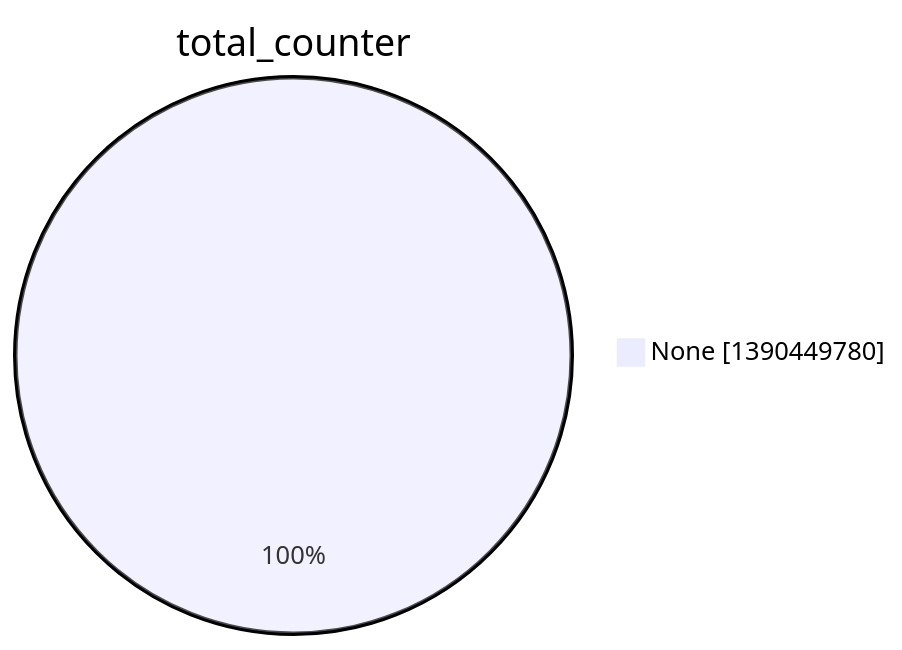
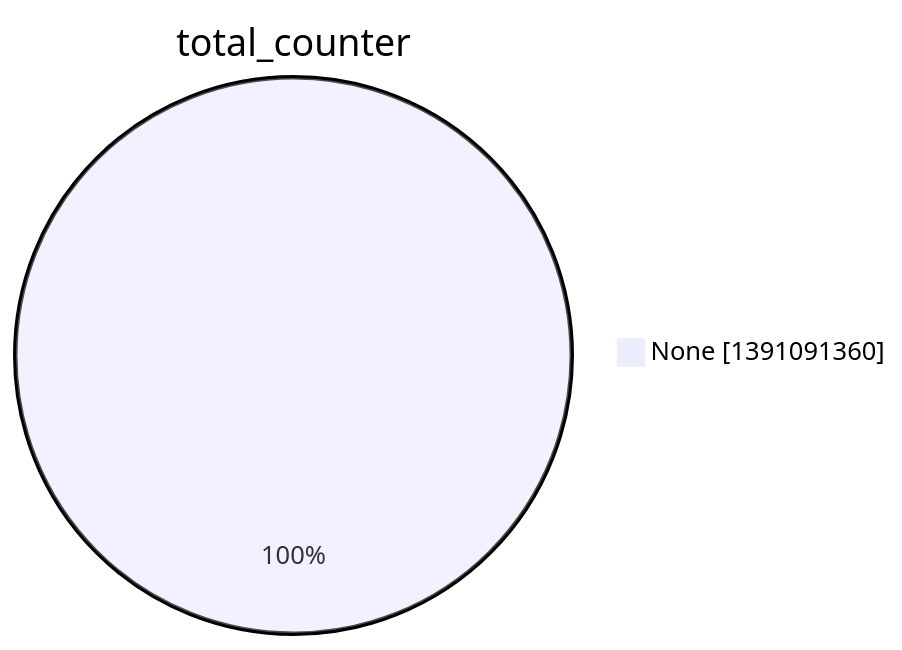
The second of 15 diagrams in argon2022/README.md (christiankrug/ctmonitor_visualization), drawn with Mermaid before and after one commit. The commit also changed other lines of this file, not shown here.

````diff
--- a/argon2022/README.md
+++ b/argon2022/README.md
@@ -9,5 +9,5 @@
 ```mermaid
 pie showData
 title total_counter
-"None" :1390449780
+"None" :1391091360
 ```
````
